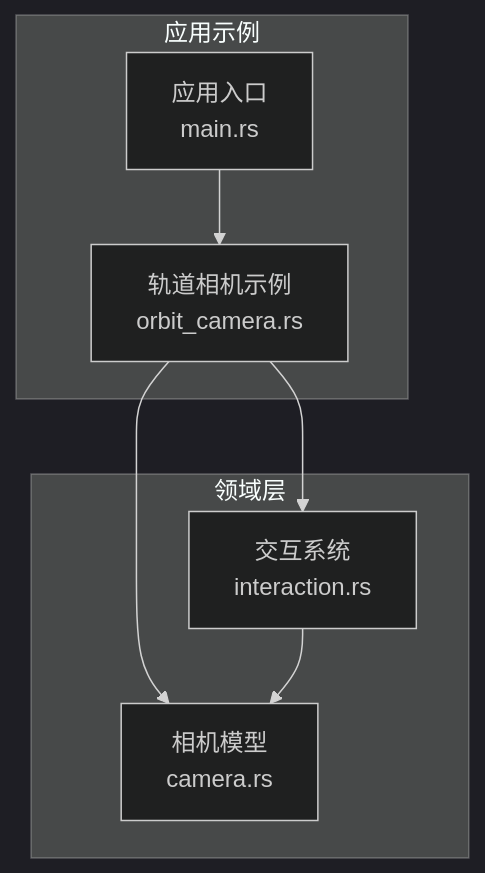
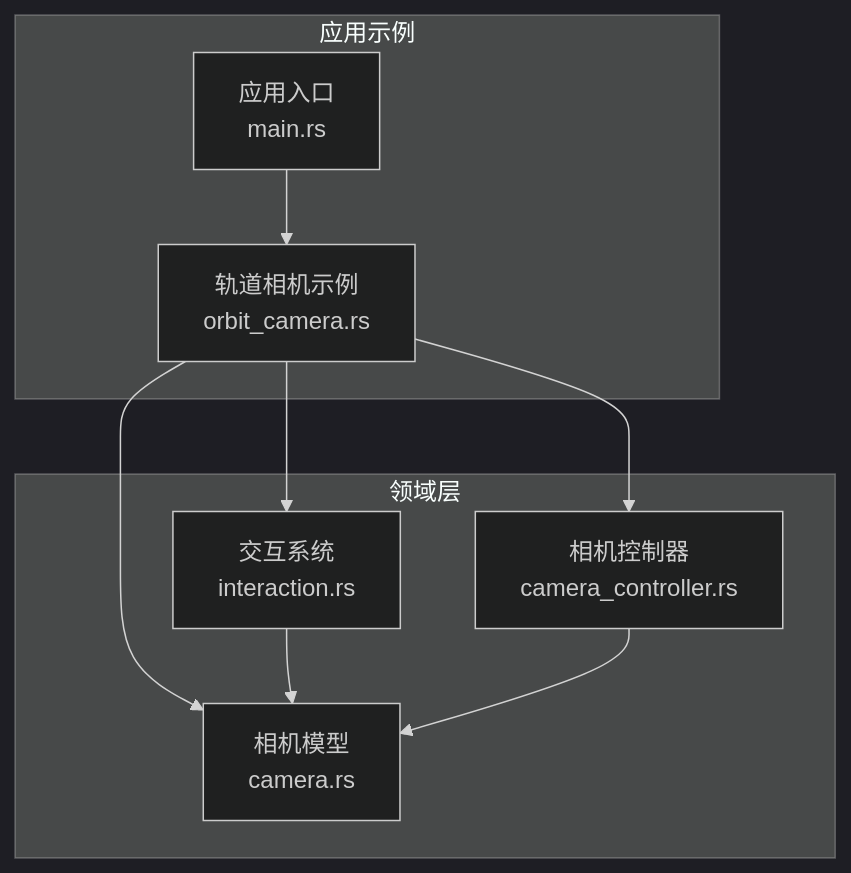
The first of 6 diagrams in .qoder/repowiki/zh/content/项目概述/核心特性/相机与交互控制/相机控制系统/轨道相机控制器.md (rzhangjing/cesium), drawn with Mermaid (dark theme) before and after one commit. The commit also changed other lines of this file and 9 other files, not shown here.

````diff
--- a/.qoder/repowiki/zh/content/项目概述/核心特性/相机与交互控制/相机控制系统/轨道相机控制器.md
+++ b/.qoder/repowiki/zh/content/项目概述/核心特性/相机与交互控制/相机控制系统/轨道相机控制器.md
@@ -44,15 +46,18 @@
 ```mermaid
 graph TB
 subgraph "应用示例"
 A["应用入口<br/>main.rs"]
 B["轨道相机示例<br/>orbit_camera.rs"]
 end
 subgraph "领域层"
 C["相机模型<br/>camera.rs"]
 D["交互系统<br/>interaction.rs"]
+E["相机控制器<br/>camera_controller.rs"]
 end
 A --> B
 B --> C
 B --> D
+B --> E
 D --> C
+E --> C
 ```
````
